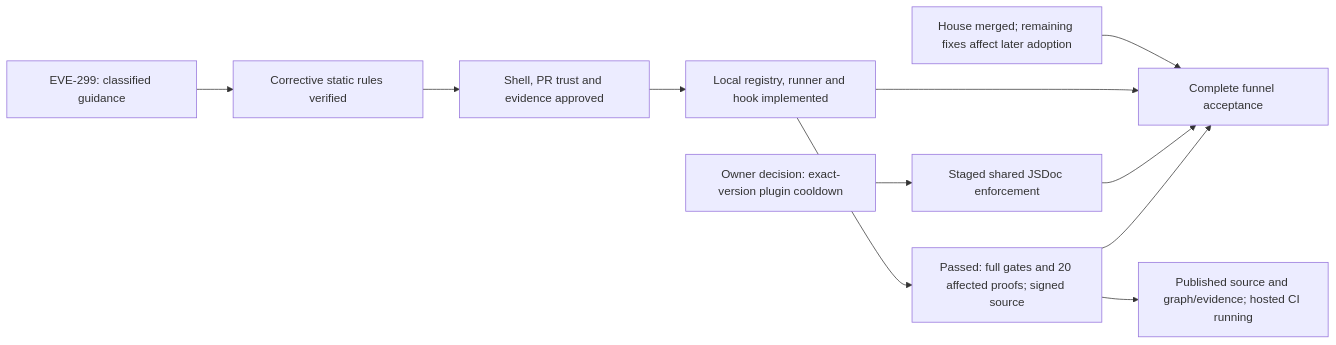
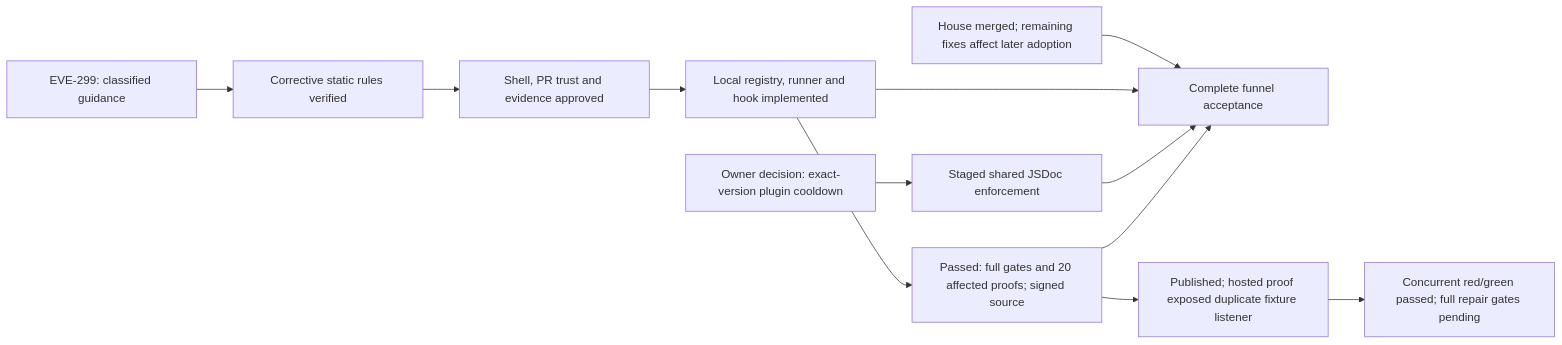
Before and after one commit to Resnovas/Eventiva: the third of 46 diagrams in docs/planning/timeline.md, drawn with Mermaid. The commit also changed other lines of this file and 5 other files, not shown here.

First line of the commit message:
fix(test): isolate concurrent consent and HTTP fixture listeners

````diff
--- a/docs/planning/timeline.md
+++ b/docs/planning/timeline.md
@@ -83,13 +85,14 @@
 ```mermaid
 flowchart LR
     FunnelReview["EVE-299: classified guidance"] --> StaticSlice["Corrective static rules verified"]
     StaticSlice --> OwnerChoices["Shell, PR trust and evidence approved"]
     OwnerChoices --> FeatureProof["Local registry, runner and hook implemented"]
     HouseSource["House merged; remaining fixes affect later adoption"] --> FullFunnel["Complete funnel acceptance"]
     FeatureProof --> FullFunnel
     FeatureProof --> Delivery["Passed: full gates and 20 affected proofs; signed source"]
-    Delivery --> Publication["Published source and graph/evidence; hosted CI running"]
+    Delivery --> Publication["Published; hosted proof exposed duplicate fixture listener"]
+    Publication --> FixtureRepair["Concurrent red/green passed; full repair gates pending"]
     Cooldown["Owner decision: exact-version plugin cooldown"] --> SharedRules["Staged shared JSDoc enforcement"]
     SharedRules --> FullFunnel
     Delivery --> FullFunnel
 ```
````
